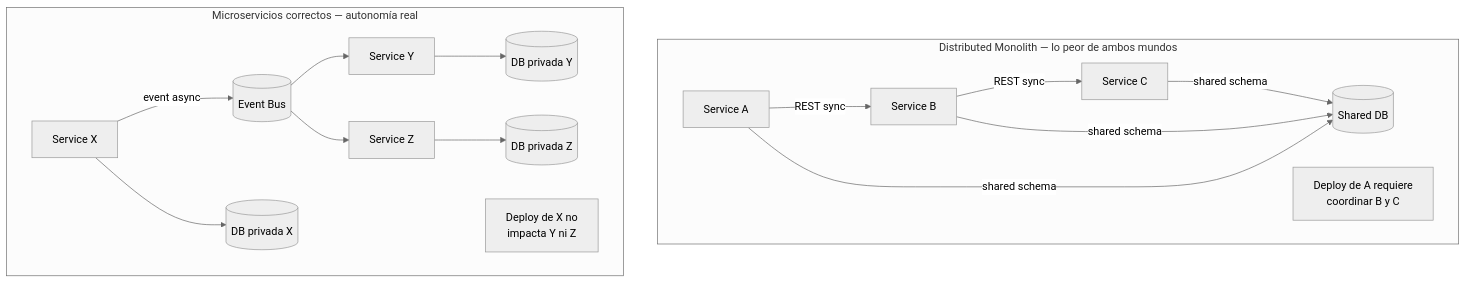
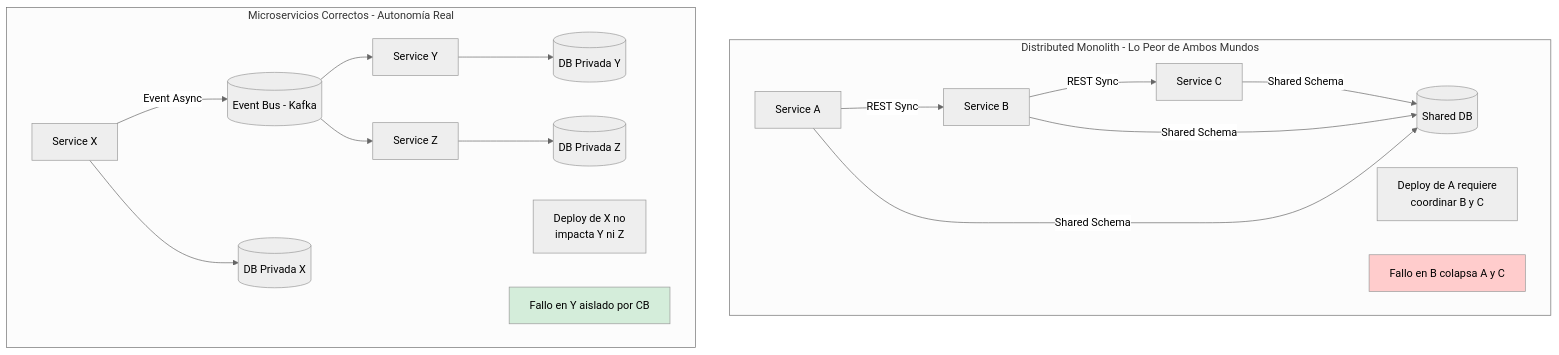
Before and after one commit to Joaquinriosheredia/DAM-Java-Mastery: the first of 4 diagrams in 02_Arquitectura/anti-patterns_en_microservicios_y_como_evitarlos_con_java_21_STAFF.md, drawn with Mermaid (neutral theme). The commit also changed other lines of this file, not shown here.

Commit message:
anti-patterns_en_microservicios_y_como_evitarlos_con_java_21_STAFF.md

````diff
--- a/02_Arquitectura/anti-patterns_en_microservicios_y_como_evitarlos_con_java_21_STAFF.md
+++ b/02_Arquitectura/anti-patterns_en_microservicios_y_como_evitarlos_con_java_21_STAFF.md
@@ -33,21 +38,26 @@
 ```mermaid
 graph TD
-    subgraph "Distributed Monolith — lo peor de ambos mundos"
-        A[Service A] -->|REST sync| B[Service B]
-        B -->|REST sync| C[Service C]
-        C -->|shared schema| DB[(Shared DB)]
-        A -->|shared schema| DB
-        B -->|shared schema| DB
-        NOTE1[Deploy de A requiere\ncoordinar B y C]
+    subgraph "Distributed Monolith - Lo Peor de Ambos Mundos"
+        A[Service A] -->|REST Sync| B[Service B]
+        B -->|REST Sync| C[Service C]
+        C -->|Shared Schema| DB[(Shared DB)]
+        A -->|Shared Schema| DB
+        B -->|Shared Schema| DB
+        NOTE1[Deploy de A requiere<br>coordinar B y C]
+        FAIL[Fallo en B colapsa A y C]
     end
-
-    subgraph "Microservicios correctos — autonomía real"
-        X[Service X] -->|event async| BUS[(Event Bus)]
+    
+    subgraph "Microservicios Correctos - Autonomía Real"
+        X[Service X] -->|Event Async| BUS[(Event Bus - Kafka)]
         BUS --> Y[Service Y]
         BUS --> Z[Service Z]
-        X --> DBX[(DB privada X)]
-        Y --> DBY[(DB privada Y)]
-        Z --> DBZ[(DB privada Z)]
-        NOTE2[Deploy de X no\nimpacta Y ni Z]
+        X --> DBX[(DB Privada X)]
+        Y --> DBY[(DB Privada Y)]
+        Z --> DBZ[(DB Privada Z)]
+        NOTE2[Deploy de X no<br>impacta Y ni Z]
+        ISOL[Fallo en Y aislado por CB]
     end
+    
+    style FAIL fill:#ffcccc
+    style ISOL fill:#d4edda
 ```
````
